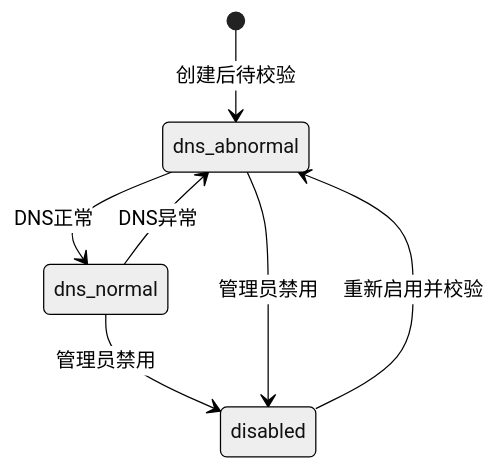
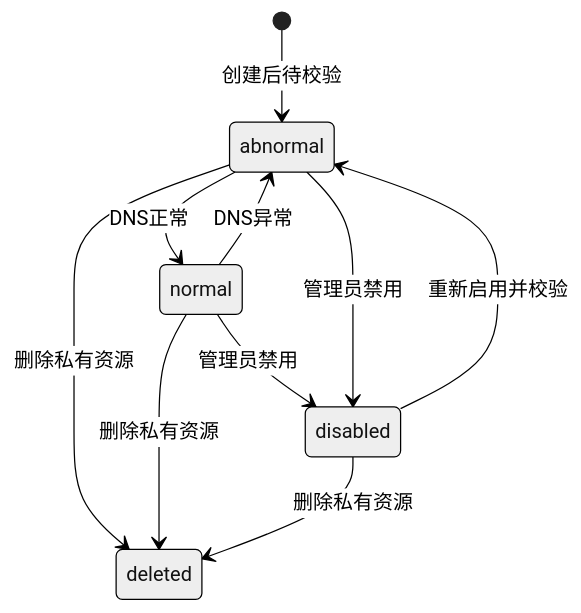
Before and after one commit to donnel666/remail: the second of 3 diagrams in docs/1-core-mailbox-project.md, drawn with Mermaid (neutral theme). The commit also changed other lines of this file and 40 other files, not shown here.

````diff
--- a/docs/1-core-mailbox-project.md
+++ b/docs/1-core-mailbox-project.md
@@ -185,9 +203,12 @@
 ```mermaid
 stateDiagram-v2
-    [*] --> dns_abnormal: 创建后待校验
-    dns_abnormal --> dns_normal: DNS正常
-    dns_normal --> dns_abnormal: DNS异常
-    dns_normal --> disabled: 管理员禁用
-    dns_abnormal --> disabled: 管理员禁用
-    disabled --> dns_abnormal: 重新启用并校验
+    [*] --> abnormal: 创建后待校验
+    abnormal --> normal: DNS正常
+    normal --> abnormal: DNS异常
+    normal --> disabled: 管理员禁用
+    abnormal --> disabled: 管理员禁用
+    disabled --> abnormal: 重新启用并校验
+    abnormal --> deleted: 删除私有资源
+    normal --> deleted: 删除私有资源
+    disabled --> deleted: 删除私有资源
 ```
````
